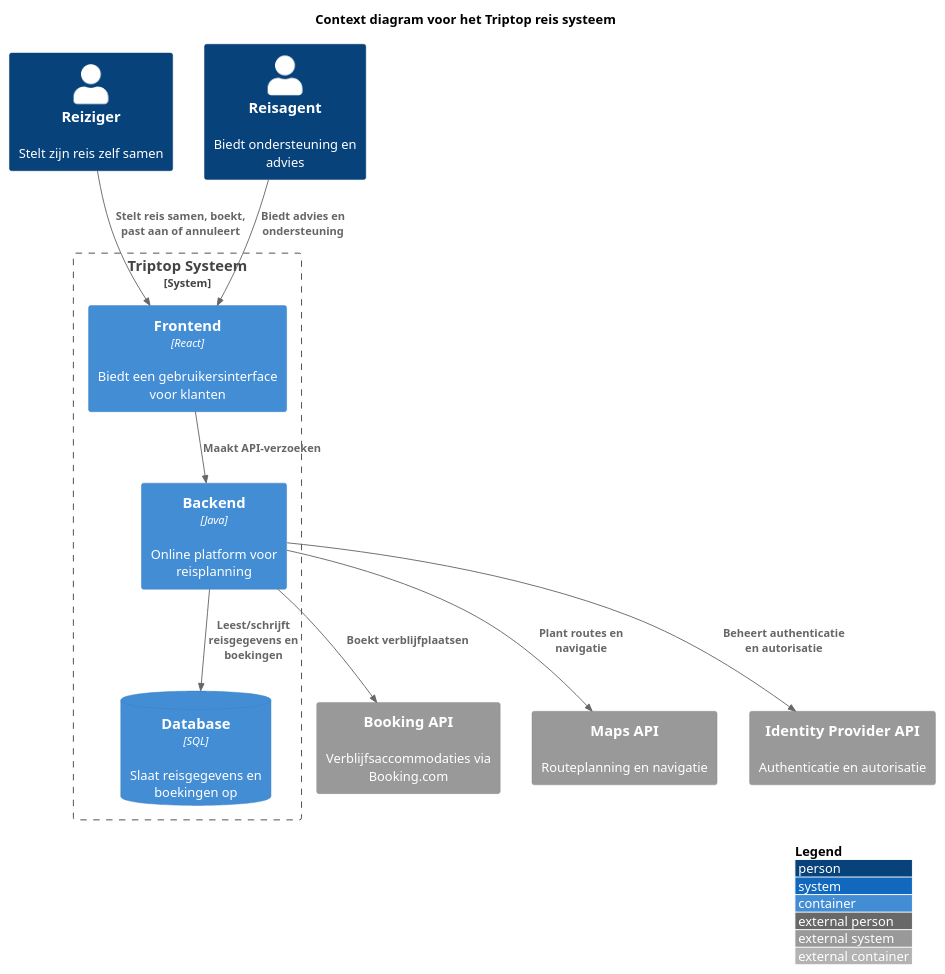
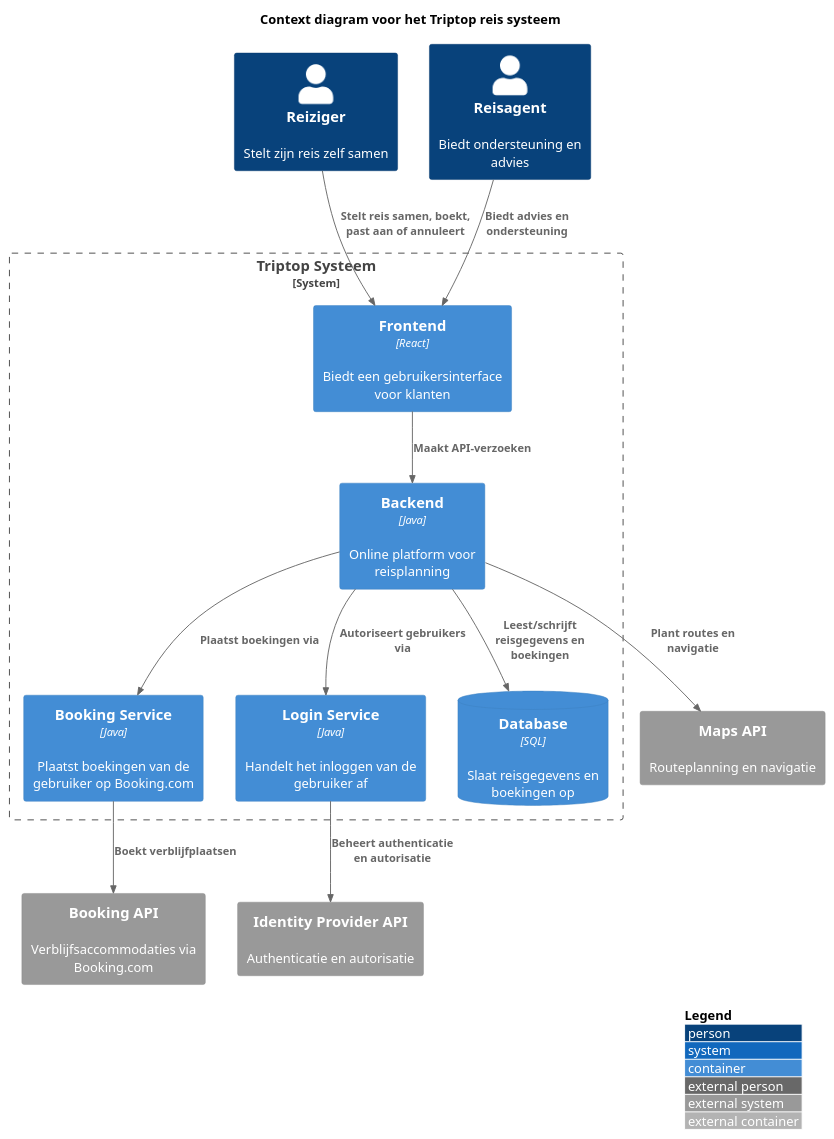
Before and after one commit to AIM-ENE-feb25/triptop-groep-b3: the diagram in opdracht-diagrammen/les3/individueel-container-driagram.puml, drawn with PlantUML. The commit also changed 3 other files, not shown here.

Commit message:
prototype toegevoegd en container diagram aangepast

```diff
--- a/opdracht-diagrammen/les3/individueel-container-driagram.puml
+++ b/opdracht-diagrammen/les3/individueel-container-driagram.puml
@@ -1,31 +1,35 @@
 @startuml
 !include <C4/C4>
 !include <C4/C4_Context>
 !include <C4/C4_Container>
 
 LAYOUT_WITH_LEGEND()
 
 title Context diagram voor het Triptop reis systeem
 
 Person(reiziger, "Reiziger", "Stelt zijn reis zelf samen")
 Person(reisagent, "Reisagent", "Biedt ondersteuning en advies")
 
 System_Boundary(triptop, "Triptop Systeem") {
     Container(frontend, "Frontend", "React", "Biedt een gebruikersinterface voor klanten")
     Container(backend, "Backend", "Java", "Online platform voor reisplanning")
+    Container(bookings, "Booking Service", "Java", "Plaatst boekingen van de gebruiker op Booking.com")
+    Container(login, "Login Service", "Java", "Handelt het inloggen van de gebruiker af")
     ContainerDb(database, "Database", "SQL", "Slaat reisgegevens en boekingen op")
 }
 
 System_Ext(bookingAPI, "Booking API", "Verblijfsaccommodaties via Booking.com")
 System_Ext(MapsAPI, "Maps API", "Routeplanning en navigatie")
 System_Ext(identityProviderAPI, "Identity Provider API", "Authenticatie en autorisatie")
 
 Rel(reiziger, frontend, "Stelt reis samen, boekt, past aan of annuleert")
 Rel(reisagent, frontend, "Biedt advies en ondersteuning")
 Rel(frontend, backend, "Maakt API-verzoeken")
 Rel(backend, database, "Leest/schrijft reisgegevens en boekingen")
-Rel(backend, bookingAPI, "Boekt verblijfplaatsen")
+Rel(bookings, bookingAPI, "Boekt verblijfplaatsen")
 Rel(backend, MapsAPI, "Plant routes en navigatie")
-Rel(backend, identityProviderAPI, "Beheert authenticatie en autorisatie")
+Rel(login, identityProviderAPI, "Beheert authenticatie en autorisatie")
+Rel(backend, bookings, "Plaatst boekingen via")
+Rel(backend, login, "Autoriseert gebruikers via")
 
 @enduml
```
